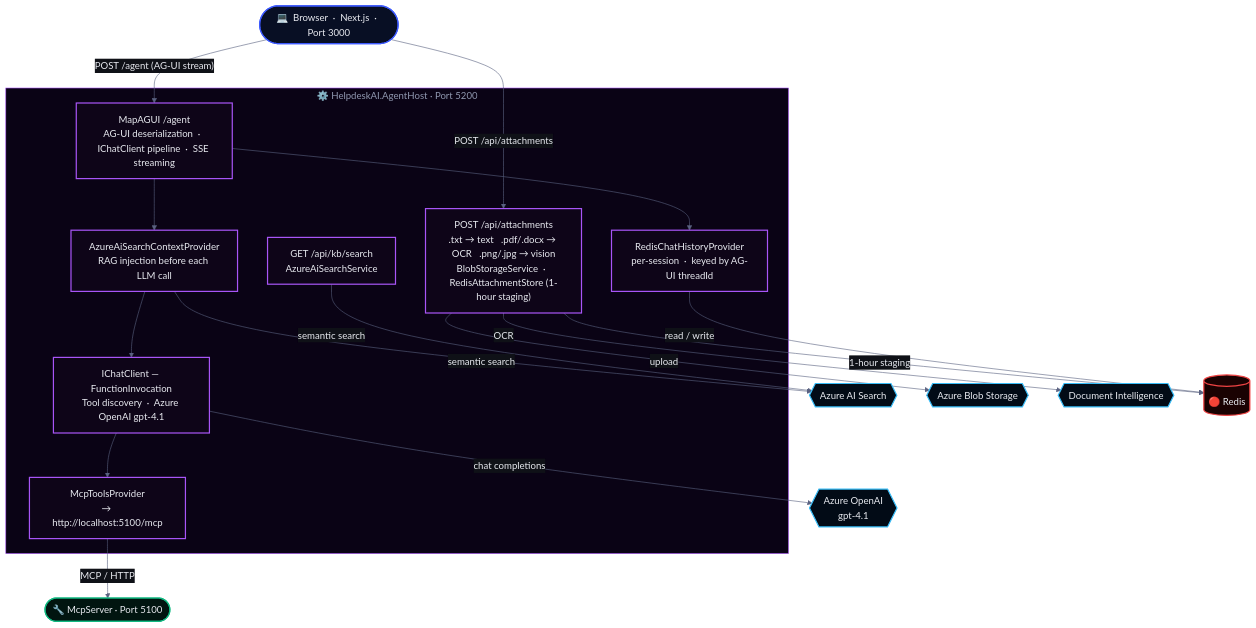
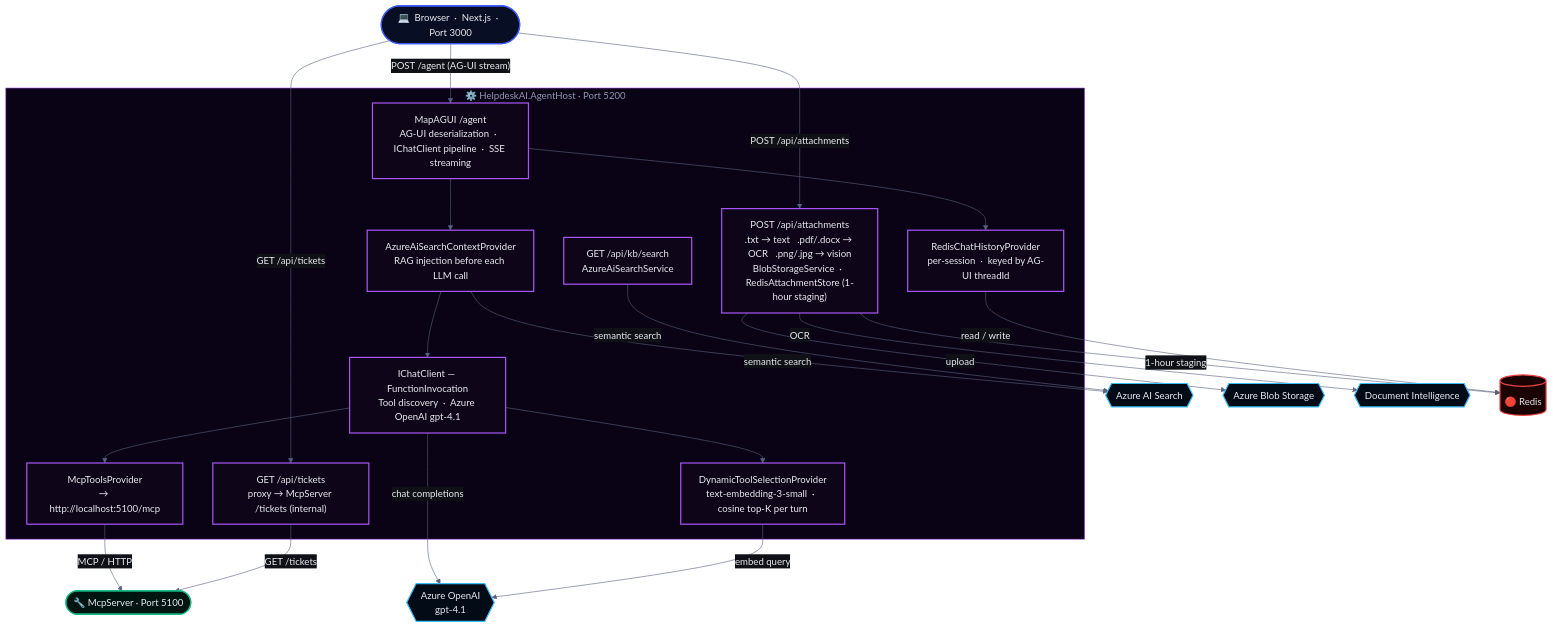
One commit to sreyanchoudhury/HelpdeskAI.CSharp changed the first of 2 diagrams in src/HelpdeskAI.AgentHost/README.md. Above: the diagram before and after it, drawn with Mermaid. The commit also changed other lines of this file and 15 other files, not shown here.

First line of the commit message:
feat: ticket proxy endpoint + dynamic tool injection via embeddings

````diff
--- a/src/HelpdeskAI.AgentHost/README.md
+++ b/src/HelpdeskAI.AgentHost/README.md
@@ -18,46 +18,52 @@
 ```mermaid
 %%{init: {"theme": "base", "themeVariables": {"primaryColor": "#151820", "primaryTextColor": "#e8eaf0", "primaryBorderColor": "#a855f7", "lineColor": "#5a6280", "secondaryColor": "#0f1117", "tertiaryColor": "#0a0b0f", "clusterBkg": "#0a0315", "titleColor": "#9098b0", "edgeLabelBackground": "#0f1117", "fontFamily": "system-ui, -apple-system, sans-serif"}}}%%
 flowchart TD
     classDef browser  fill:#080f24,stroke:#3d5afe,color:#e8eaf0,stroke-width:2px
     classDef core     fill:#0e0518,stroke:#a855f7,color:#e8eaf0,stroke-width:2px
     classDef azure    fill:#020b16,stroke:#38bdf8,color:#e8eaf0,stroke-width:2px
     classDef redis    fill:#1a0202,stroke:#ef4444,color:#e8eaf0,stroke-width:2px
     classDef mcp      fill:#011510,stroke:#10b981,color:#e8eaf0,stroke-width:2px
 
     BROWSER(["💻  Browser  ·  Next.js  ·  Port 3000"]):::browser
 
     subgraph AH["⚙️  HelpdeskAI.AgentHost  ·  Port 5200"]
         AGUI["MapAGUI /agent<br/>AG-UI deserialization  ·  IChatClient pipeline  ·  SSE streaming"]:::core
         RAG["AzureAiSearchContextProvider<br/>RAG injection before each LLM call"]:::core
         FI["IChatClient — FunctionInvocation<br/>Tool discovery  ·  Azure OpenAI gpt-4.1"]:::core
         MCP["McpToolsProvider<br/>→ http://localhost:5100/mcp"]:::core
         HIST["RedisChatHistoryProvider<br/>per-session  ·  keyed by AG-UI threadId"]:::core
         ATT["POST /api/attachments<br/>.txt → text   .pdf/.docx → OCR   .png/.jpg → vision<br/>BlobStorageService  ·  RedisAttachmentStore (1-hour staging)"]:::core
         KB["GET /api/kb/search<br/>AzureAiSearchService"]:::core
+        TKP["GET /api/tickets<br/>proxy → McpServer /tickets (internal)"]:::core
+        DTS["DynamicToolSelectionProvider<br/>text-embedding-3-small  ·  cosine top-K per turn"]:::core
     end
 
     MCPSRV(["🔧  McpServer  ·  Port 5100"]):::mcp
     AOA{{"Azure OpenAI<br/>gpt-4.1"}}:::azure
     AIS{{"Azure AI Search"}}:::azure
     ABS{{"Azure Blob Storage"}}:::azure
     ADI{{"Document Intelligence"}}:::azure
     REDIS[("🔴  Redis")]:::redis
 
     style AH fill:#0a0315,stroke:#a855f7,color:#9098b0
 
     BROWSER -- "POST /agent  (AG-UI stream)" --> AGUI
     BROWSER -- "POST /api/attachments"       --> ATT
+    BROWSER -- "GET /api/tickets"            --> TKP
 
     AGUI --> RAG
     AGUI --> HIST
     RAG  --> FI
     FI   --> MCP
+    FI   --> DTS
     FI   -- "chat completions" --> AOA
     MCP  -- "MCP / HTTP"       --> MCPSRV
+    DTS  -- "embed query"      --> AOA
+    TKP  -- "GET /tickets"     --> MCPSRV
     RAG  -- "semantic search"  --> AIS
     KB   -- "semantic search"  --> AIS
     ATT  -- "upload"           --> ABS
     ATT  -- "OCR"              --> ADI
     ATT  -- "1-hour staging"   --> REDIS
     HIST -- "read / write"     --> REDIS
 ```
````
